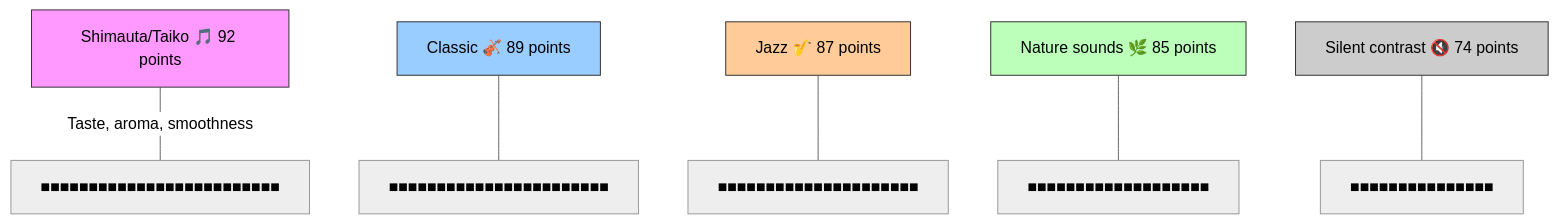
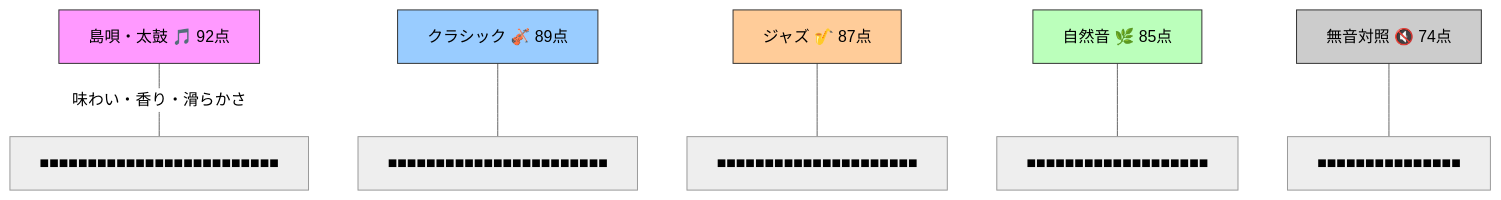
Before and after one commit to monumental-movement/monumental-movement.github.io: the fourth of 5 diagrams in en/_posts/2025-11-01-column-shochu-sound-aging.md, drawn with Mermaid (neutral theme). The commit also changed other lines of this file and 1724 other files, not shown here.

```diff
--- a/en/_posts/2025-11-01-column-shochu-sound-aging.md
+++ b/en/_posts/2025-11-01-column-shochu-sound-aging.md
@@ -225,16 +223,16 @@
 <div class="mermaid">
 
 graph TD
-A["Shimauta/Taiko 🎵 92 points"] ---|"Taste, aroma, smoothness"| B["■■■■■■■■■■■■■■■■■■■■■■■■■"]
-C["Classic 🎻 89 points"] --- B1["■■■■■■■■■■■■■■■■■■■■■■■"]
-D["Jazz 🎷 87 points"] --- B2["■■■■■■■■■■■■■■■■■■■■■"]
-E["Nature sounds 🌿 85 points"] --- B3["■■■■■■■■■■■■■■■■■■■"]
-F["Silent contrast 🔇 74 points"] --- B4["■■■■■■■■■■■■■■■"]
+    A["島唄・太鼓 🎵 92点"] ---|"味わい・香り・滑らかさ"| B["■■■■■■■■■■■■■■■■■■■■■■■■■"]
+    C["クラシック 🎻 89点"] --- B1["■■■■■■■■■■■■■■■■■■■■■■■"]
+    D["ジャズ 🎷 87点"] --- B2["■■■■■■■■■■■■■■■■■■■■■"]
+    E["自然音 🌿 85点"] --- B3["■■■■■■■■■■■■■■■■■■■"]
+    F["無音対照 🔇 74点"] --- B4["■■■■■■■■■■■■■■■"]
 
-style A fill:#f9f,stroke:#333,stroke-width:1px
-style C fill:#9cf,stroke:#333,stroke-width:1px
-style D fill:#fc9,stroke:#333,stroke-width:1px
-style E fill:#bfb,stroke:#333,stroke-width:1px
-style F fill:#ccc,stroke:#333,stroke-width:1px
+    style A fill:#f9f,stroke:#333,stroke-width:1px
+    style C fill:#9cf,stroke:#333,stroke-width:1px
+    style D fill:#fc9,stroke:#333,stroke-width:1px
+    style E fill:#bfb,stroke:#333,stroke-width:1px
+    style F fill:#ccc,stroke:#333,stroke-width:1px
     
 </div>
```
